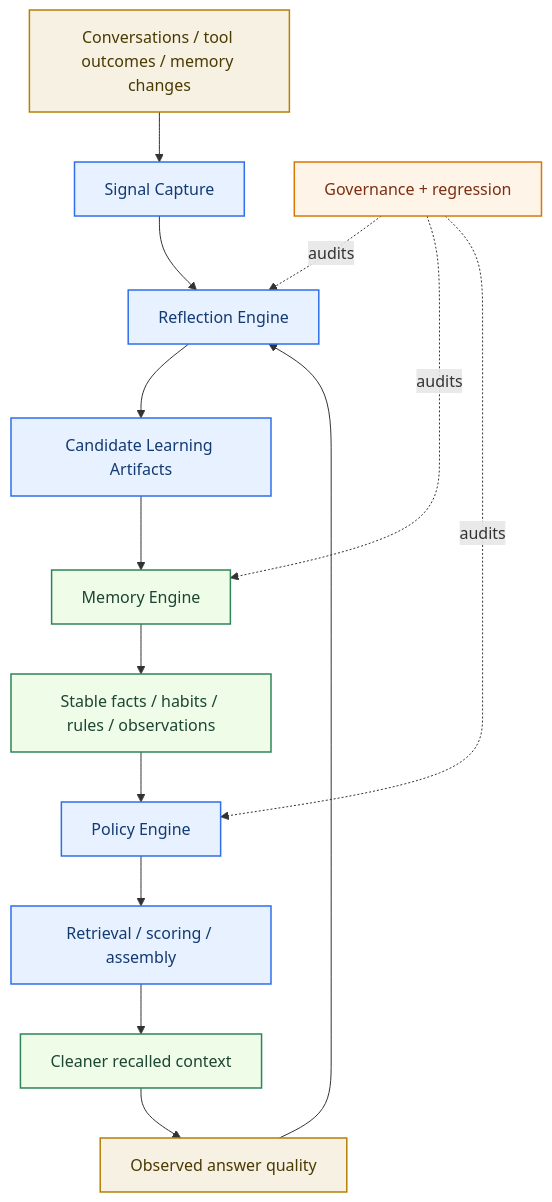
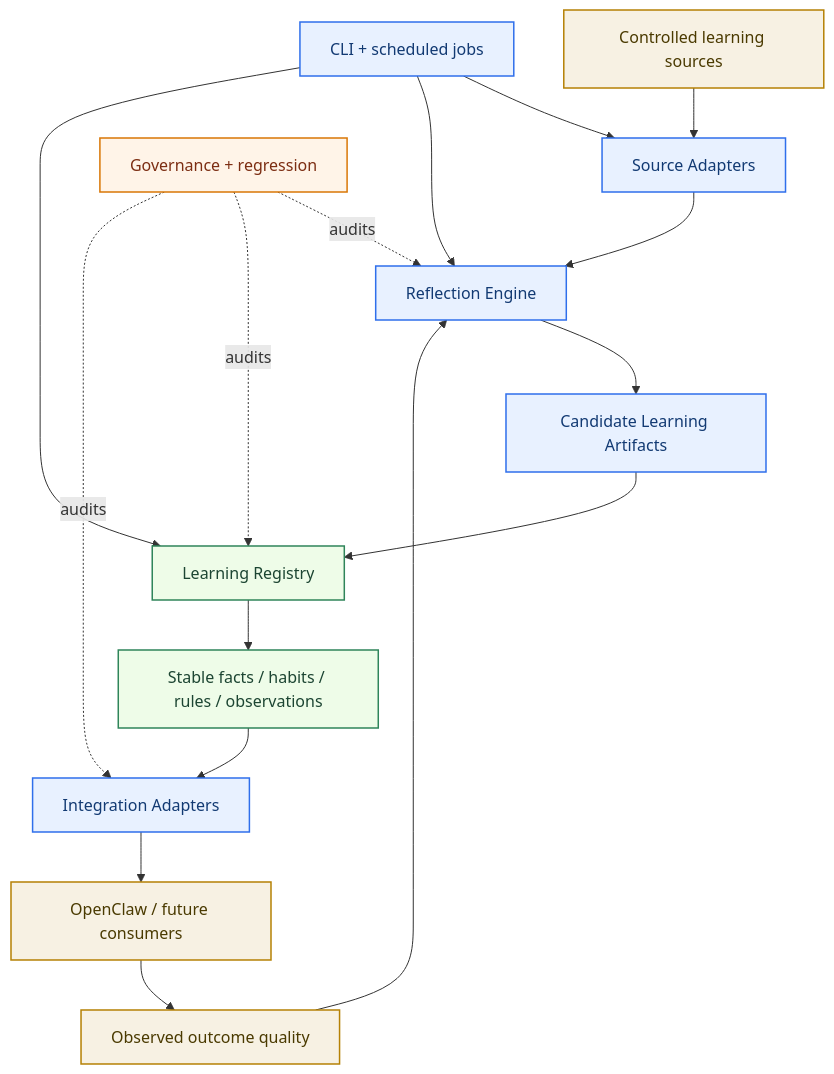
Before and after one commit to redcreen/memory-context-claw: the first of 10 diagrams in self-learning-architecture.md, drawn with Mermaid. The commit also changed other lines of this file and 4 other files, not shown here.

Commit message:
Refine self-learning architecture boundaries

````diff
--- a/self-learning-architecture.md
+++ b/self-learning-architecture.md
@@ -100,26 +133,28 @@
 ```mermaid
 flowchart TB
-    A["Conversations / tool outcomes / memory changes"] --> B["Signal Capture"]
+    A["Controlled learning sources"] --> B["Source Adapters"]
     B --> C["Reflection Engine"]
     C --> D["Candidate Learning Artifacts"]
-    D --> E["Memory Engine"]
+    D --> E["Learning Registry"]
     E --> F["Stable facts / habits / rules / observations"]
-    F --> G["Policy Engine"]
-    G --> H["Retrieval / scoring / assembly"]
-    H --> I["Cleaner recalled context"]
-    I --> J["Observed answer quality"]
+    F --> G["Integration Adapters"]
+    G --> H["OpenClaw / future consumers"]
+    H --> I["Observed outcome quality"]
+    I --> C
+
+    J["CLI + scheduled jobs"] --> B
     J --> C
-
+    J --> E
     K["Governance + regression"] -. audits .-> C
     K -. audits .-> E
     K -. audits .-> G
 
     classDef input fill:#f7f1e3,stroke:#b58105,color:#4a3a00,stroke-width:1.5px;
     classDef core fill:#e8f1ff,stroke:#2f6feb,color:#123a73,stroke-width:1.5px;
     classDef memory fill:#eefce8,stroke:#2f855a,color:#1c4532,stroke-width:1.5px;
     classDef ops fill:#fff4e8,stroke:#d97706,color:#7c2d12,stroke-width:1.5px;
-    class A,J input;
-    class B,C,D,G,H core;
-    class E,F,I memory;
+    class A,H,I input;
+    class B,C,D,G,J core;
+    class E,F memory;
     class K ops;
 ```
````
